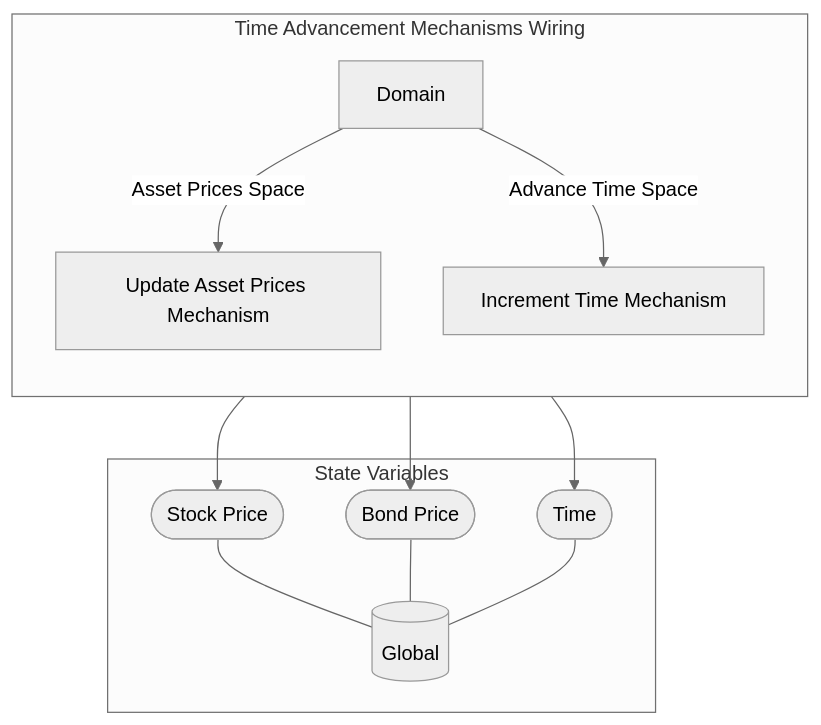
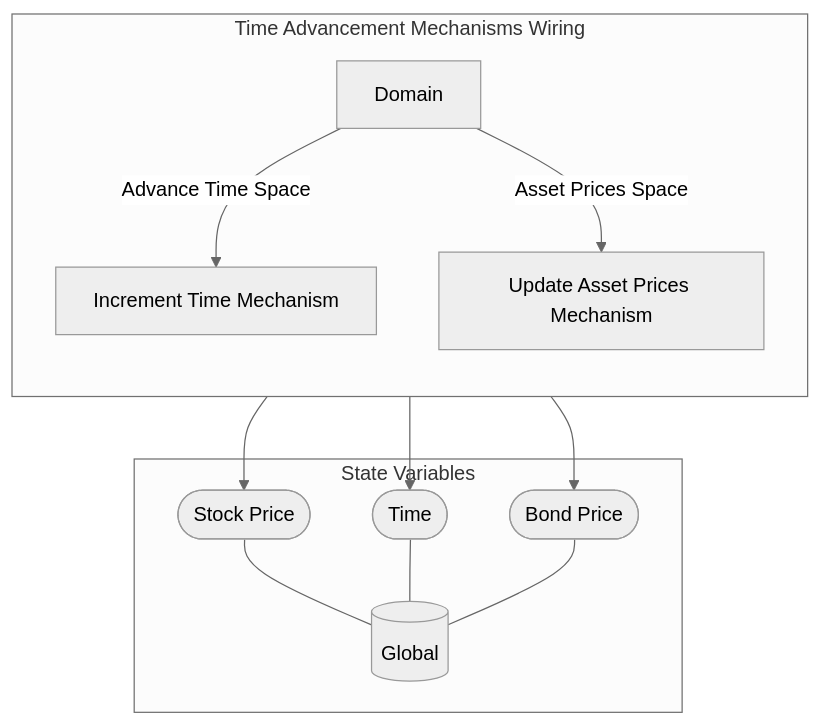
The diagram in examples/RetirementPlanning/reports/Markdown/Wiring/Time Advancement Mechanisms Wiring.md (BlockScience/MSML), drawn with Mermaid (neutral theme) before and after one commit. The commit also changed other lines of this file and 14 other files, not shown here.

````diff
--- a/examples/RetirementPlanning/reports/Markdown/Wiring/Time Advancement Mechanisms Wiring.md
+++ b/examples/RetirementPlanning/reports/Markdown/Wiring/Time Advancement Mechanisms Wiring.md
@@ -3,28 +3,28 @@
 ```mermaid
 graph TB
 
 subgraph SVS["State Variables"]
 EE0[("Global")]
 EES0(["Stock Price"])
 EES0 --- EE0
-EES1(["Bond Price"])
+EES1(["Time"])
 EES1 --- EE0
-EES2(["Time"])
+EES2(["Bond Price"])
 EES2 --- EE0
 end
 
 subgraph X5["Time Advancement Mechanisms Wiring"]
 direction TB
-X1["Update Asset Prices Mechanism"]
-X1 --> EES0
+X1["Increment Time Mechanism"]
 X1 --> EES1
-X2["Increment Time Mechanism"]
+X2["Update Asset Prices Mechanism"]
+X2 --> EES0
 X2 --> EES2
 X3[Domain]
 
 direction LR
 direction TB
-X3 --"Asset Prices Space"--> X1
-X3 --"Advance Time Space"--> X2
+X3 --"Advance Time Space"--> X1
+X3 --"Asset Prices Space"--> X2
 end
 ```
````
